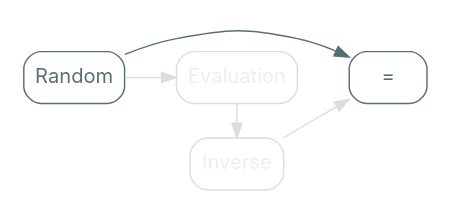
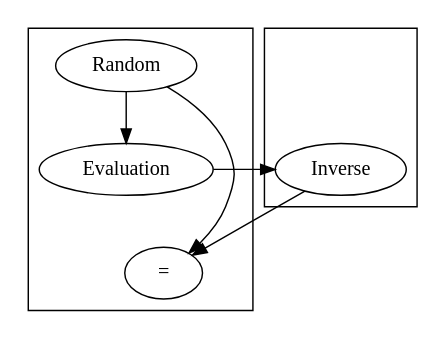
The diagram in src/graphviz/invertibility_equality_to_input.dot (nrinaudo/much-ado-about-testing), drawn with Graphviz before and after one commit. The commit also changed 98 other files, not shown here.

Commit message:
Use graphviz stylesheets

```diff
--- a/src/graphviz/invertibility_equality_to_input.dot
+++ b/src/graphviz/invertibility_equality_to_input.dot
@@ -1,30 +1,21 @@
 digraph {
-    bgcolor=transparent
-    rankdir=LR
-
-    // Default theme: enabled
-    node[shape="rectangle" style="rounded,filled" color="#586E75" fillcolor="#ffffff" fontcolor="#586E75" fontname="Inter,Arial"]
-    edge[color="#586E75" fontcolor="#000000" fontname="Inter,Arial" fontsize=11]
-
     subgraph cluster_0 {
-        color=transparent
         Input[label="Random"]
-        Evaluation[color="#dddddd" fontcolor="#eeeeee"]
+        Evaluation[class="disabled"]
         Analysis[label="="]
     }
 
     subgraph cluster_1 {
-        color=transparent
         Invis[style=invis]
-        Inverse[color="#dddddd" fontcolor="#eeeeee"]
+        Inverse[class="disabled"]
     }
 
     Input -> Invis[constraint=false style=invis]
     Invis -> Inverse[style=invis]
 
-    Input -> Evaluation[color="#dddddd"]
+    Input -> Evaluation[class="disabled"]
     Evaluation -> Analysis[style=invis]
-    Evaluation -> Inverse[constraint=false color="#dddddd"]
-    Inverse -> Analysis[color="#dddddd"]
+    Evaluation -> Inverse[constraint=false class="disabled"]
+    Inverse -> Analysis[class="disabled"]
     Input -> Analysis[constraint=false]
 }
```
